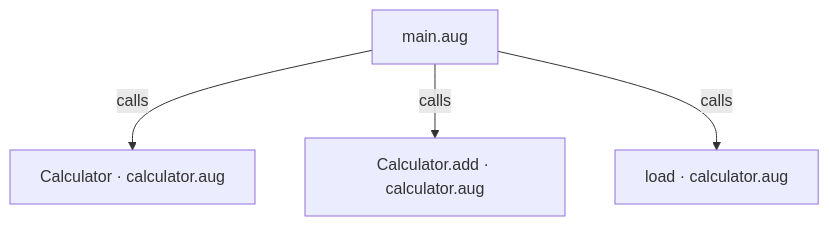
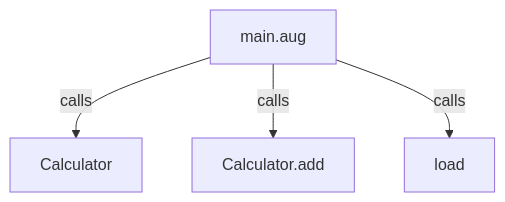
The second of 3 diagrams in docs/examples/developer-workflow/main-diagrams.md (GreenPandaStudios/augscript), drawn with Mermaid before and after one commit. The commit also changed other lines of this file and 524 other files, not shown here.

Commit message:
Explain checked data flow at folder and service levels

````diff
--- a/docs/examples/developer-workflow/main-diagrams.md
+++ b/docs/examples/developer-workflow/main-diagrams.md
@@ -30,10 +30,10 @@
 ```mermaid
 flowchart TD
-    n0["Calculator · calculator.aug"]
-    n1["Calculator.add · calculator.aug"]
-    n2["load · calculator.aug"]
+    n0["Calculator"]
+    n1["Calculator.add"]
+    n2["load"]
     n3["main.aug"]
     n3 -->|"calls"| n0
     n3 -->|"calls"| n1
     n3 -->|"calls"| n2
 ```
````
